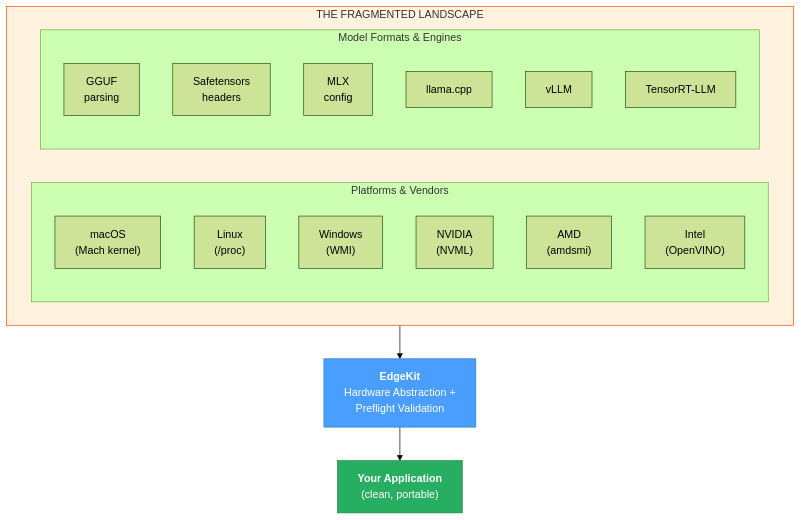
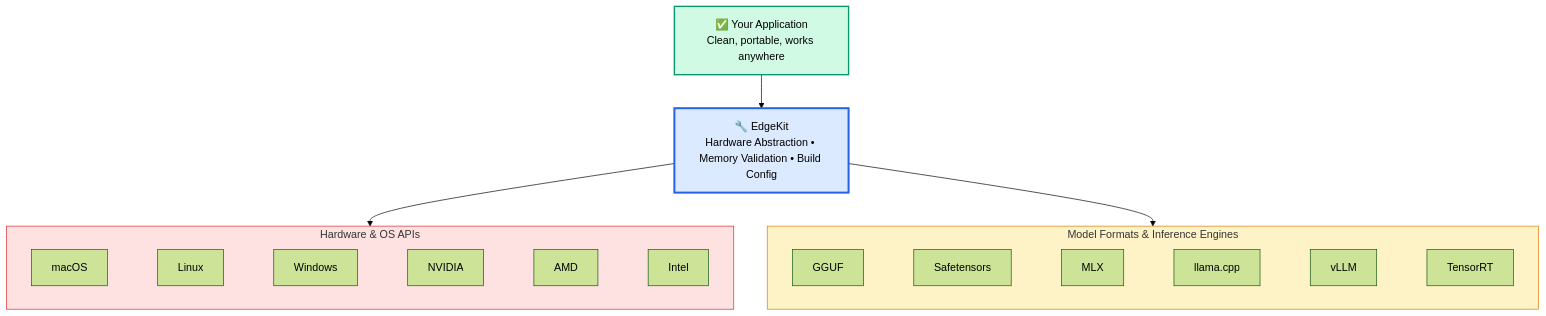
One commit to lukerbs/InferenceUtils changed the diagram in README.md. Above: the diagram before and after it, drawn with Mermaid (forest theme).

````diff
--- a/README.md
+++ b/README.md
@@ -7,28 +7,23 @@
 ```mermaid
-flowchart TB
-    subgraph fragmented["THE FRAGMENTED LANDSCAPE"]
-        subgraph platforms["Platforms & Vendors"]
-            macOS["macOS<br/>(Mach kernel)"]
-            Linux["Linux<br/>(/proc)"]
-            Windows["Windows<br/>(WMI)"]
-            NVIDIA["NVIDIA<br/>(NVML)"]
-            AMD["AMD<br/>(amdsmi)"]
-            Intel["Intel<br/>(OpenVINO)"]
-        end
-        subgraph formats["Model Formats & Engines"]
-            GGUF["GGUF<br/>parsing"]
-            Safetensors["Safetensors<br/>headers"]
-            MLX["MLX<br/>config"]
-            llamacpp["llama.cpp"]
-            vLLM["vLLM"]
-            TensorRT["TensorRT-LLM"]
-        end
+flowchart TD
+    App["✅ Your Application<br/>Clean, portable, works anywhere"]
+    App --> EdgeKit["🔧 EdgeKit<br/>Hardware Abstraction • Memory Validation • Build Config"]
+    
+    EdgeKit --> hw
+    EdgeKit --> engines
+    
+    subgraph hw["Hardware & OS APIs"]
+        direction LR
+        macOS["macOS"] ~~~ Linux["Linux"] ~~~ Windows["Windows"] ~~~ NVIDIA["NVIDIA"] ~~~ AMD["AMD"] ~~~ Intel["Intel"]
     end
     
-    fragmented --> EdgeKit["<b>EdgeKit</b><br/>Hardware Abstraction +<br/>Preflight Validation"]
-    EdgeKit --> App["<b>Your Application</b><br/>(clean, portable)"]
+    subgraph engines["Model Formats & Inference Engines"]
+        direction LR
+        GGUF["GGUF"] ~~~ Safetensors["Safetensors"] ~~~ MLX["MLX"] ~~~ llamacpp["llama.cpp"] ~~~ vLLM["vLLM"] ~~~ TensorRT["TensorRT"]
+    end
     
-    style EdgeKit fill:#4a9eff,stroke:#2980b9,color:#fff
-    style App fill:#27ae60,stroke:#1e8449,color:#fff
-    style fragmented fill:#fff3e0,stroke:#e65100
+    style App fill:#d1fae5,stroke:#059669,stroke-width:2px
+    style EdgeKit fill:#dbeafe,stroke:#2563eb,stroke-width:3px
+    style hw fill:#fee2e2,stroke:#dc2626
+    style engines fill:#fef3c7,stroke:#d97706
 ```
````
